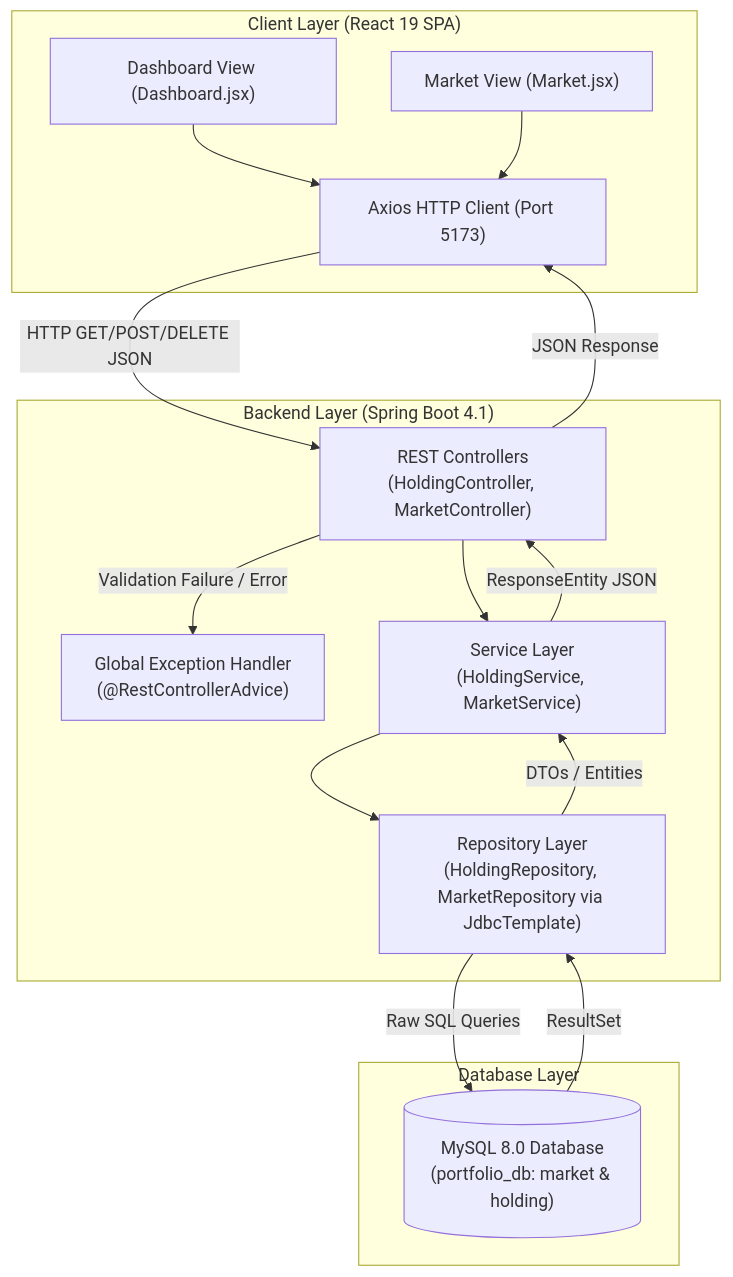
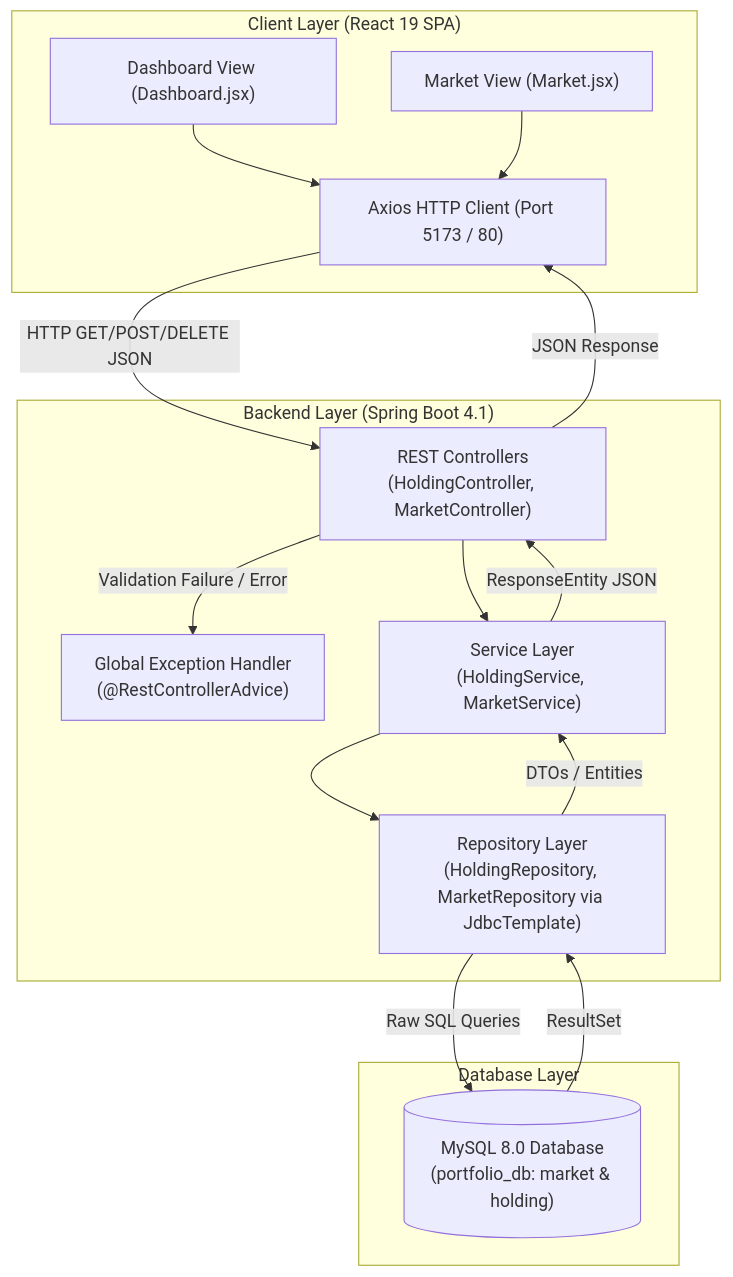
Before and after one commit to Neueda-Learning/106-Portfolio-Manager-Runtime-Rangers: the diagram in README.md, drawn with Mermaid. The commit also changed other lines of this file, not shown here.

````diff
--- a/README.md
+++ b/README.md
@@ -147,32 +131,31 @@
 ```mermaid
 flowchart TD
     subgraph Client ["Client Layer (React 19 SPA)"]
         Dashboard["Dashboard View (Dashboard.jsx)"]
         MarketView["Market View (Market.jsx)"]
         AxiosClient["Axios HTTP Client (Port 5173 / 80)"]
-        AxiosClient["Axios HTTP Client (Port 5173)"]
     end
 
     subgraph Server ["Backend Layer (Spring Boot 4.1)"]
         RestController["REST Controllers<br/>(HoldingController, MarketController)"]
         GlobalException["Global Exception Handler<br/>(@RestControllerAdvice)"]
         ServiceLayer["Service Layer<br/>(HoldingService, MarketService)"]
         RepositoryLayer["Repository Layer<br/>(HoldingRepository, MarketRepository via JdbcTemplate)"]
     end
 
     subgraph Persistence ["Database Layer"]
         MySQL[("MySQL 8.0 Database<br/>(portfolio_db: market & holding)")]
     end
 
     Dashboard --> AxiosClient
     MarketView --> AxiosClient
     AxiosClient -->|HTTP GET/POST/DELETE JSON| RestController
     RestController -->|Validation Failure / Error| GlobalException
     RestController --> ServiceLayer
     ServiceLayer --> RepositoryLayer
     RepositoryLayer -->|Raw SQL Queries| MySQL
     MySQL -->|ResultSet| RepositoryLayer
     RepositoryLayer -->|DTOs / Entities| ServiceLayer
     ServiceLayer -->|ResponseEntity JSON| RestController
     RestController -->|JSON Response| AxiosClient
 ```
````
